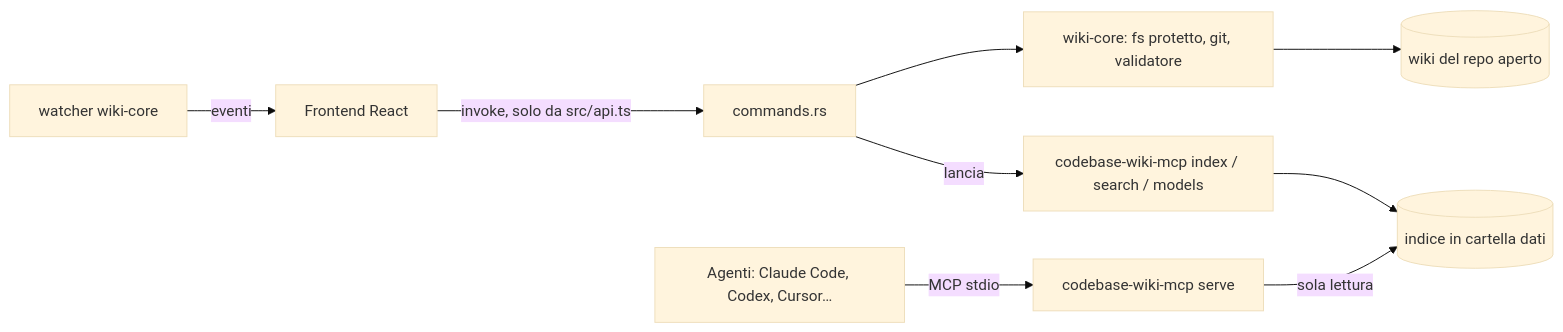
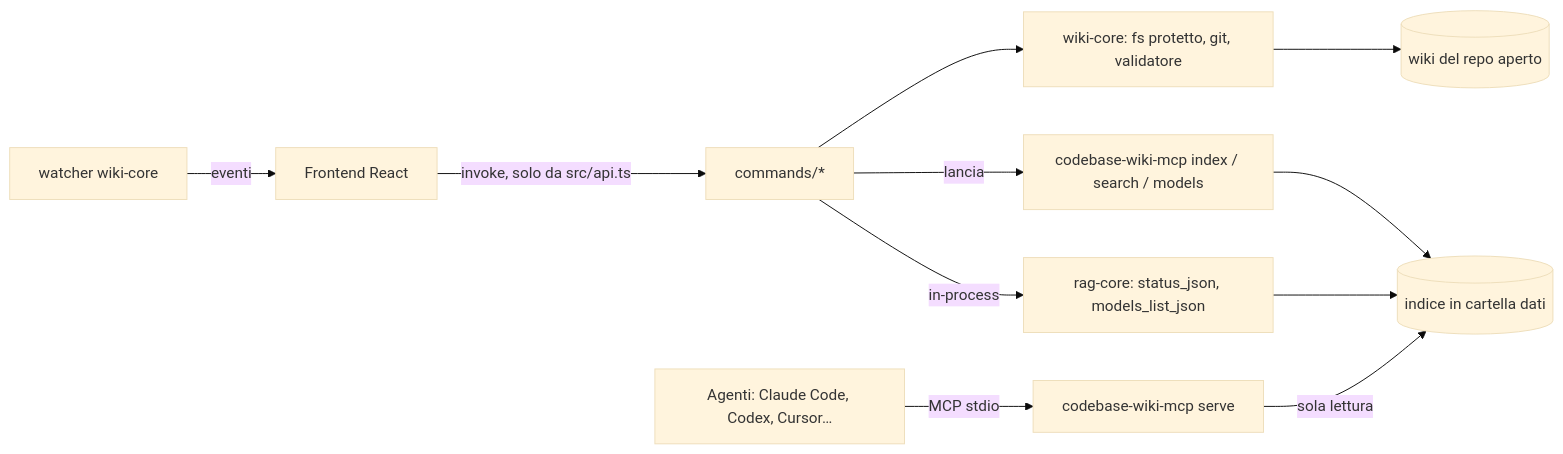
One commit to StefanoHernandez/codebase-wiki-app changed the diagram in wiki/architecture.md. Above: the diagram before and after it, drawn with Mermaid (base theme). The commit also changed other lines of this file and 56 other files, not shown here.

````diff
--- a/wiki/architecture.md
+++ b/wiki/architecture.md
@@ -32,11 +36,13 @@
 ```mermaid
 flowchart LR
-  UI[Frontend React] -->|invoke, solo da src/api.ts| CMD[commands.rs]
+  UI[Frontend React] -->|invoke, solo da src/api.ts| CMD[commands/*]
   CMD --> WC[wiki-core: fs protetto, git, validatore]
   WC --> WIKI[(wiki del repo aperto)]
+  CMD -->|in-process| RC[rag-core: status_json, models_list_json]
   CMD -->|lancia| SC[codebase-wiki-mcp index / search / models]
   SC --> IDX[(indice in cartella dati)]
+  RC --> IDX
   AG[Agenti: Claude Code, Codex, Cursor…] -->|MCP stdio| SRV[codebase-wiki-mcp serve]
   SRV -->|sola lettura| IDX
   W[watcher wiki-core] -->|eventi| UI
 ```
````
